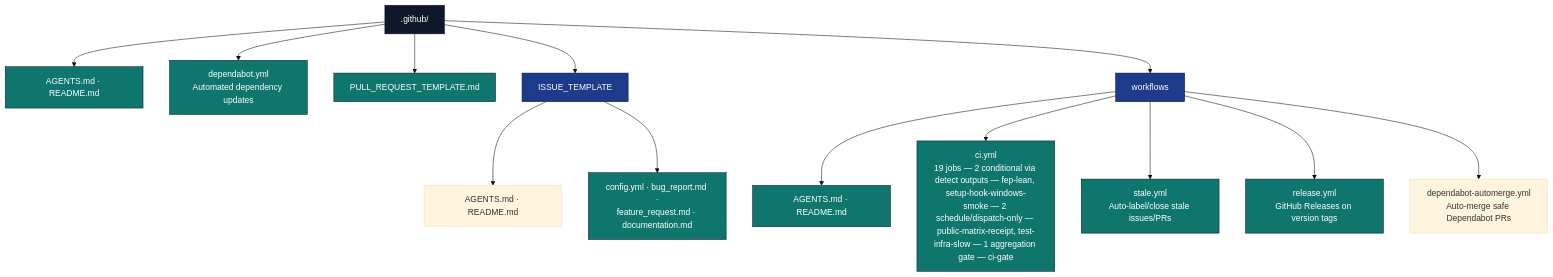
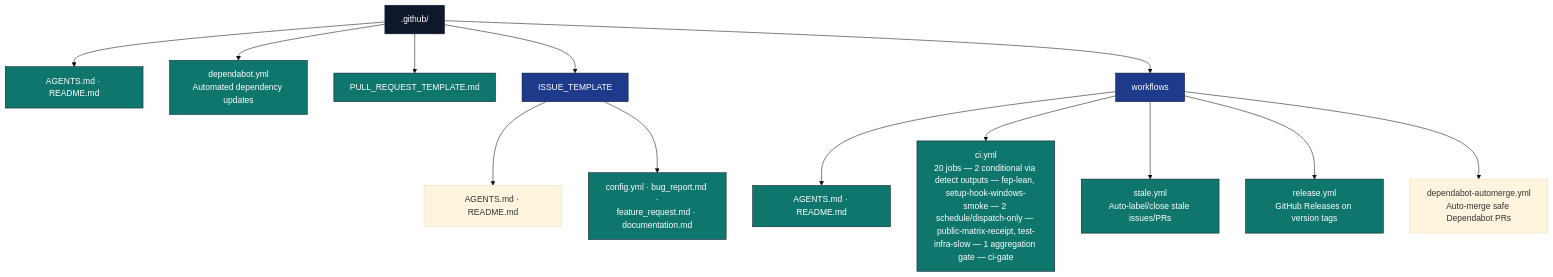
One commit to docxology/template changed the diagram in .github/AGENTS.md. Above: the diagram before and after it, drawn with Mermaid (base theme). The commit also changed other lines of this file and 1600 other files, not shown here.

````diff
--- a/.github/AGENTS.md
+++ b/.github/AGENTS.md
@@ -24,25 +24,25 @@
 ```mermaid
 flowchart TB
     GH[.github/]
     GH --> META[AGENTS.md · README.md]
     GH --> DEP[dependabot.yml<br/>Automated dependency updates]
     GH --> PRT[PULL_REQUEST_TEMPLATE.md]
     GH --> ITPL[ISSUE_TEMPLATE]
     GH --> WF[workflows]
 
     ITPL --> ITPL_DOCS[AGENTS.md · README.md]
     ITPL --> ITPL_F[config.yml · bug_report.md ·<br/>feature_request.md · documentation.md]
 
     WF --> WF_DOCS[AGENTS.md · README.md]
-    WF --> WF_CI[ci.yml<br/>19 jobs — 2 conditional via detect outputs — fep-lean, setup-hook-windows-smoke — 2 schedule/dispatch-only — public-matrix-receipt, test-infra-slow — 1 aggregation gate — ci-gate]
+    WF --> WF_CI[ci.yml<br/>20 jobs — 2 conditional via detect outputs — fep-lean, setup-hook-windows-smoke — 2 schedule/dispatch-only — public-matrix-receipt, test-infra-slow — 1 aggregation gate — ci-gate]
     WF --> WF_STALE[stale.yml<br/>Auto-label/close stale issues/PRs]
     WF --> WF_REL[release.yml<br/>GitHub Releases on version tags]
     WF --> WF_DA[dependabot-automerge.yml<br/>Auto-merge safe Dependabot PRs]
 
     classDef d fill:#0f172a,stroke:#0f172a,color:#fff
     classDef pkg fill:#1e3a8a,stroke:#0f172a,color:#fff
     classDef f fill:#0f766e,stroke:#0f172a,color:#fff
     class GH d
     class ITPL,WF pkg
     class META,DEP,PRT,ITPL_F,WF_DOCS,WF_CI,WF_STALE,WF_REL f
 ```
````
